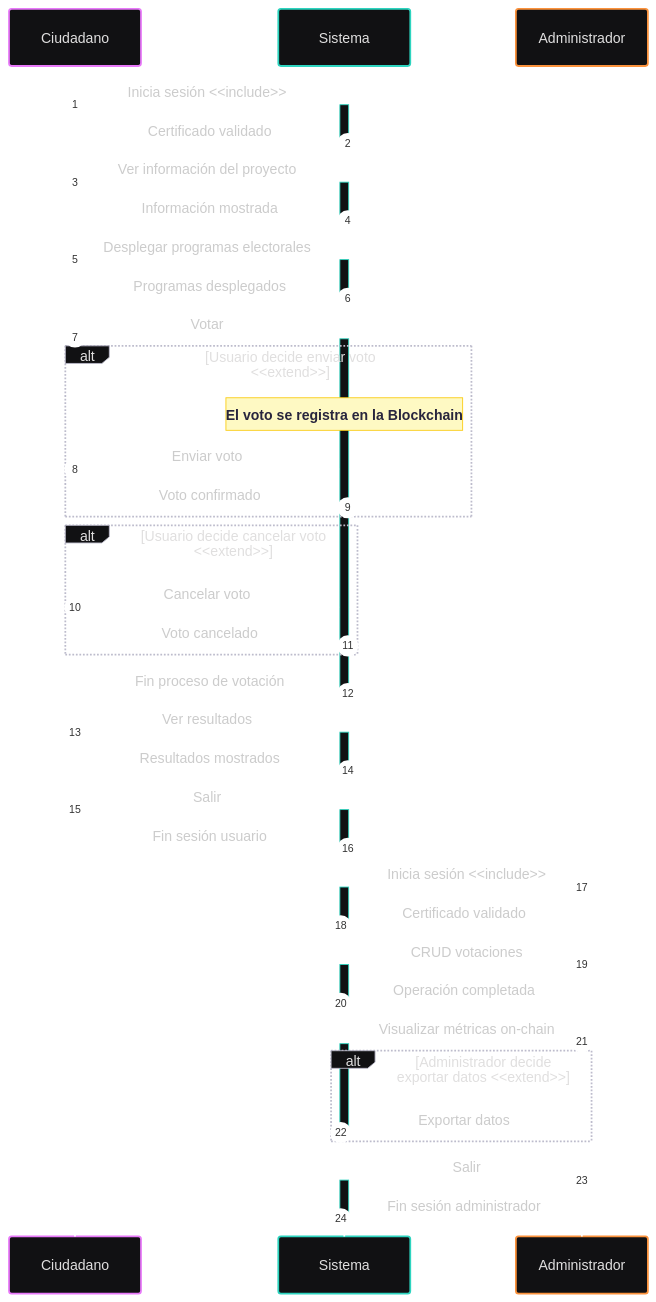
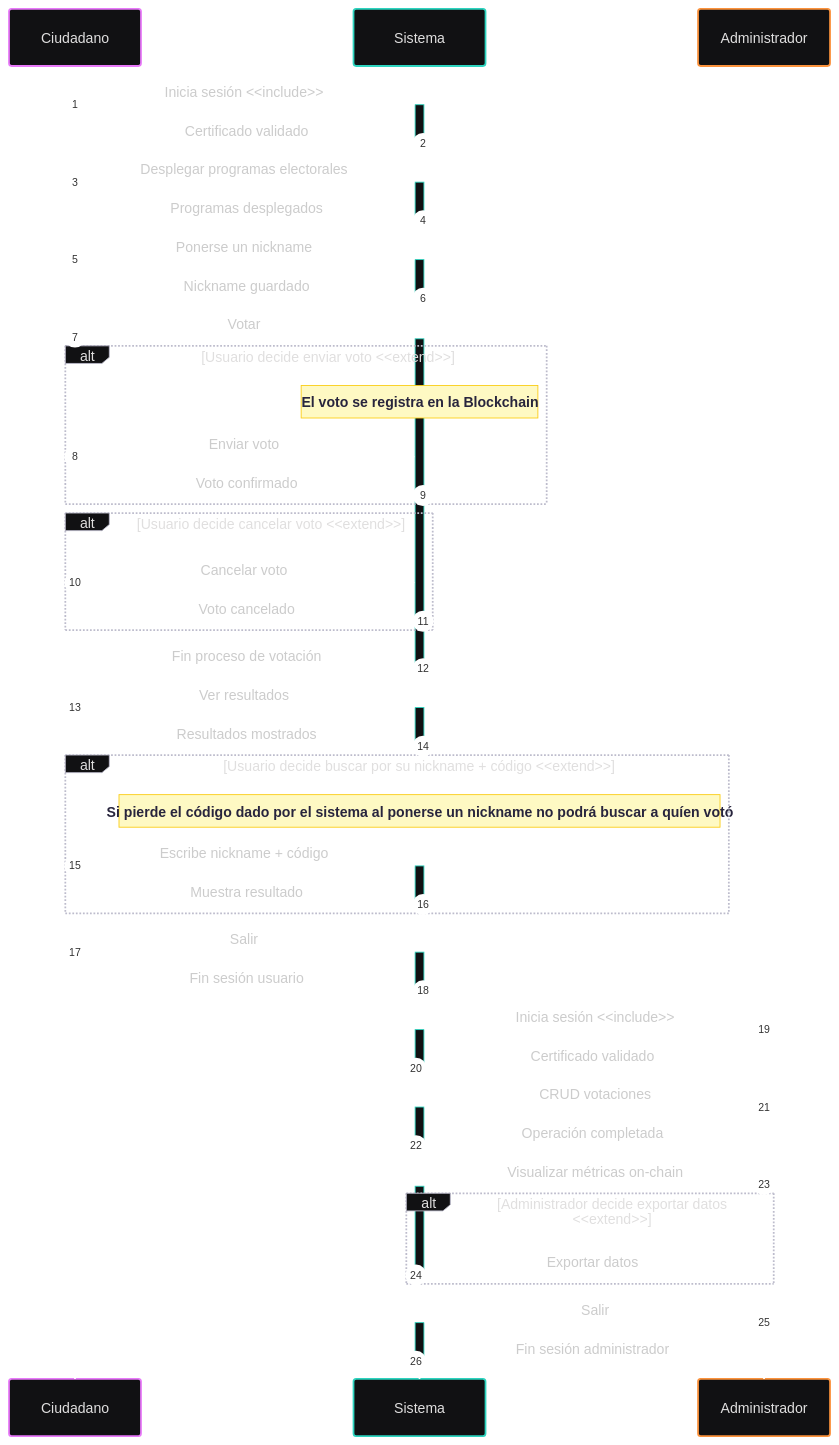
One commit to OnyxVariables/AGORA changed the first of 3 diagrams in docs/Diagrama_Sequencia.md. Above: the diagram before and after it, drawn with Mermaid. The commit also changed other lines of this file and 2 other files, not shown here.

Commit message:
Add two use of case (Poner nickname y buscar voto) and update the others diagrams

````diff
--- a/docs/Diagrama_Sequencia.md
+++ b/docs/Diagrama_Sequencia.md
@@ -47,54 +47,61 @@
 ```mermaid
 ---
 config:
   theme: redux-dark-color
 ---
 sequenceDiagram
     autonumber
 
     %% Flujo Ciudadano
     Ciudadano->>+Sistema: Inicia sesión <<include>>
     Sistema-->>-Ciudadano: Certificado validado
 
-    Ciudadano->>+Sistema: Ver información del proyecto
-    Sistema-->>-Ciudadano: Información mostrada
-
     Ciudadano->>+Sistema: Desplegar programas electorales
     Sistema-->>-Ciudadano: Programas desplegados
+
+    Ciudadano->>+Sistema: Ponerse un nickname
+    Sistema-->>-Ciudadano: Nickname guardado
 
     Ciudadano->>+Sistema: Votar
 
     alt Usuario decide enviar voto <<extend>>
         Note over Sistema: El voto se registra en la Blockchain
         Ciudadano->>Sistema: Enviar voto
         Sistema-->>Ciudadano: Voto confirmado
     end
 
     alt Usuario decide cancelar voto <<extend>>
         Ciudadano->>Sistema: Cancelar voto
         Sistema-->>Ciudadano: Voto cancelado
     end
 
     Sistema-->>-Ciudadano: Fin proceso de votación
 
     Ciudadano->>+Sistema: Ver resultados
     Sistema-->>-Ciudadano: Resultados mostrados
+
+    alt Usuario decide buscar por su nickname + código <<extend>>
+        Note over Sistema: Si pierde el código dado por el sistema al ponerse un nickname no podrá buscar a quíen votó
+        Ciudadano->>+Sistema: Escribe nickname + código
+        Sistema-->>-Ciudadano: Muestra resultado
+    end
+
     Ciudadano->>+Sistema: Salir
     Sistema-->>-Ciudadano: Fin sesión usuario
 
     %% Flujo Administrador
     Administrador->>+Sistema: Inicia sesión <<include>>
     Sistema-->>-Administrador: Certificado validado
 
     Administrador->>+Sistema: CRUD votaciones
     Sistema-->>-Administrador: Operación completada
 
     Administrador->>+Sistema: Visualizar métricas on-chain
 
     alt Administrador decide exportar datos <<extend>>
         Sistema-->>-Administrador: Exportar datos
     end
 
     Administrador->>+Sistema: Salir
     Sistema-->>-Administrador: Fin sesión administrador
 ```
````
